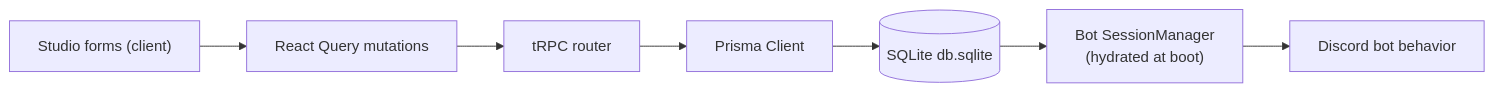
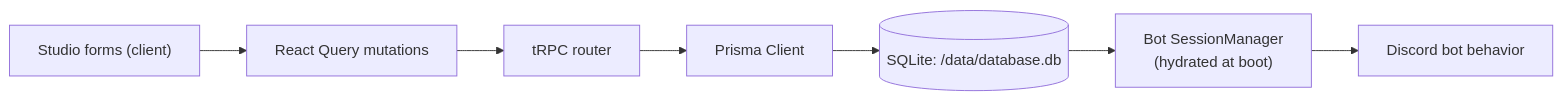
One commit to PhantomNimbi/Master-Bot changed the second of 2 diagrams in wiki/Dashboard.md. Above: the diagram before and after it, drawn with Mermaid. The commit also changed other lines of this file and 4 other files, not shown here.

````diff
--- a/wiki/Dashboard.md
+++ b/wiki/Dashboard.md
@@ -52,9 +52,9 @@
 ```mermaid
 flowchart LR
     SUB["Studio forms (client)"] --> RQ["React Query mutations"]
     RQ --> T["tRPC router"]
     T --> P["Prisma Client"]
-    P --> DB[("SQLite db.sqlite")]
+    P --> DB[("SQLite: /data/database.db")]
     DB --> SM["Bot SessionManager<br/>(hydrated at boot)"]
     SM --> B["Discord bot behavior"]
 ```
````
